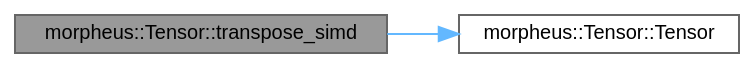
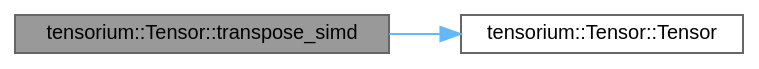
The diagram in docs/classmorpheus_1_1Tensor_a8a3390d3b499e74ded35464d380bf18f_cgraph.dot (TensoriumCore/Tensorium_lib), drawn with Graphviz before and after one commit. The commit also changed 3640 other files, not shown here.

```diff
--- a/docs/classmorpheus_1_1Tensor_a8a3390d3b499e74ded35464d380bf18f_cgraph.dot
+++ b/docs/classmorpheus_1_1Tensor_a8a3390d3b499e74ded35464d380bf18f_cgraph.dot
@@ -1,11 +1,11 @@
-digraph "morpheus::Tensor::transpose_simd"
+digraph "tensorium::Tensor::transpose_simd"
 {
  // LATEX_PDF_SIZE
   bgcolor="transparent";
   edge [fontname=Helvetica,fontsize=10,labelfontname=Helvetica,labelfontsize=10];
   node [fontname=Helvetica,fontsize=10,shape=box,height=0.2,width=0.4];
   rankdir="LR";
-  Node1 [id="Node000001",label="morpheus::Tensor::transpose_simd",height=0.2,width=0.4,color="gray40", fillcolor="grey60", style="filled", fontcolor="black",tooltip=" "];
+  Node1 [id="Node000001",label="tensorium::Tensor::transpose_simd",height=0.2,width=0.4,color="gray40", fillcolor="grey60", style="filled", fontcolor="black",tooltip=" "];
   Node1 -> Node2 [id="edge1_Node000001_Node000002",color="steelblue1",style="solid",tooltip=" "];
-  Node2 [id="Node000002",label="morpheus::Tensor::Tensor",height=0.2,width=0.4,color="grey40", fillcolor="white", style="filled",URL="$classmorpheus_1_1Tensor.html#add63eead7e596a891d704488cc73a7d0",tooltip=" "];
+  Node2 [id="Node000002",label="tensorium::Tensor::Tensor",height=0.2,width=0.4,color="grey40", fillcolor="white", style="filled",URL="$classtensorium_1_1Tensor.html#add63eead7e596a891d704488cc73a7d0",tooltip=" "];
 }
```
